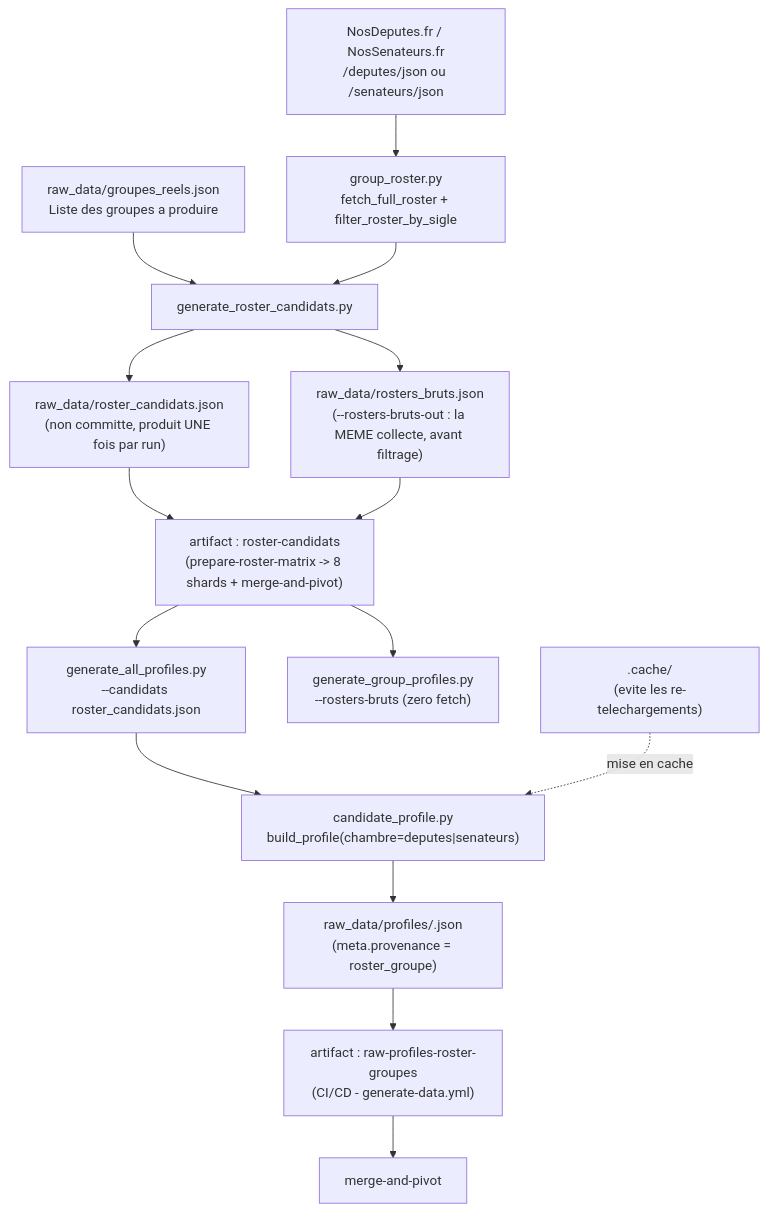
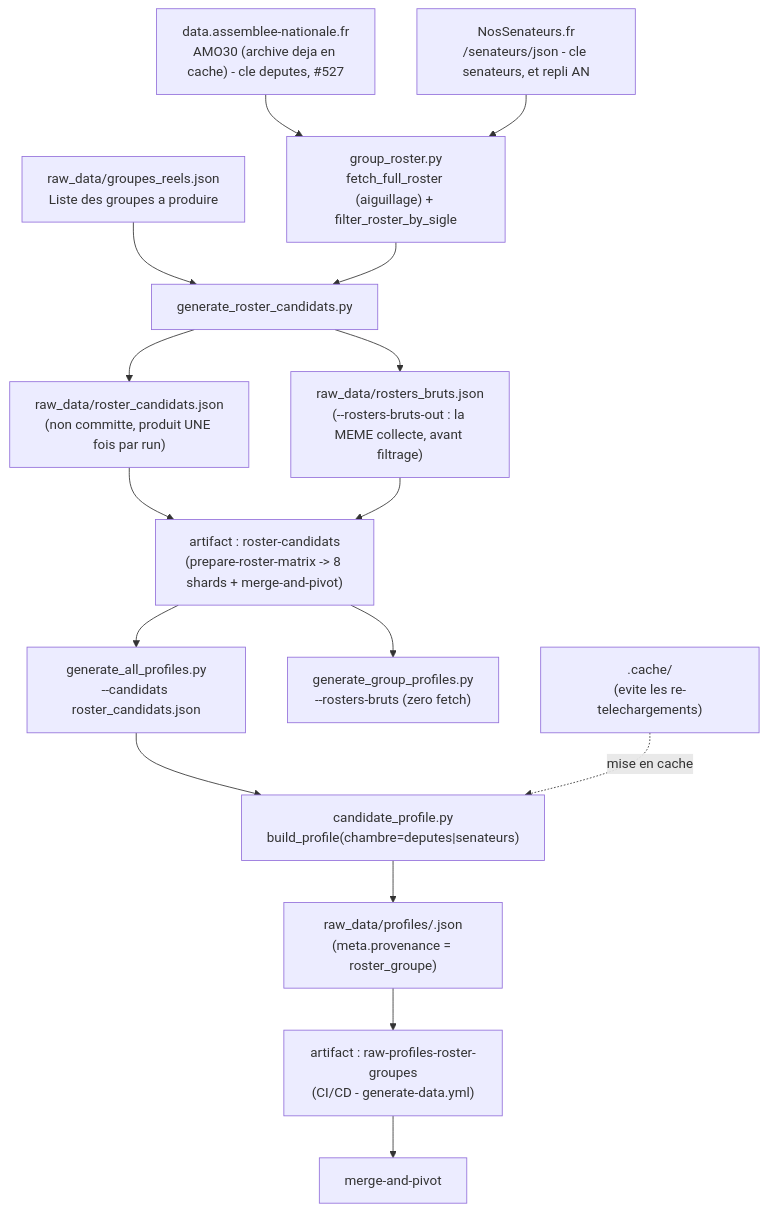
The diagram in docs/extract-roster-groupes.md (stephieED/Empreinte-politique-src), drawn with Mermaid before and after one commit. The commit also changed other lines of this file and 14 other files, not shown here.

````diff
--- a/docs/extract-roster-groupes.md
+++ b/docs/extract-roster-groupes.md
@@ -117,22 +117,23 @@
 ```mermaid
 flowchart TD
     G0["raw_data/groupes_reels.json\nListe des groupes a produire"] --> RC["generate_roster_candidats.py"]
 
-    NS["NosDeputes.fr / NosSenateurs.fr\n/deputes/json ou /senateurs/json"] --> GR["group_roster.py\nfetch_full_roster + filter_roster_by_sigle"]
+    AMO["data.assemblee-nationale.fr\nAMO30 (archive deja en cache) - cle deputes, #527"] --> GR["group_roster.py\nfetch_full_roster (aiguillage) + filter_roster_by_sigle"]
+    NS["NosSenateurs.fr\n/senateurs/json - cle senateurs, et repli AN"] --> GR
     GR --> RC
 
     RC --> RCJ["raw_data/roster_candidats.json\n(non committe, produit UNE fois par run)"]
     RC --> RBJ["raw_data/rosters_bruts.json\n(--rosters-bruts-out : la MEME collecte, avant filtrage)"]
 
     RCJ --> ART["artifact : roster-candidats\n(prepare-roster-matrix -> 8 shards + merge-and-pivot)"]
     RBJ --> ART
     ART --> B["generate_all_profiles.py\n--candidats roster_candidats.json"]
     ART --> GP["generate_group_profiles.py\n--rosters-bruts (zero fetch)"]
     B --> C["candidate_profile.py\nbuild_profile(chambre=deputes|senateurs)"]
 
     CACHE[".cache/\n(evite les re-telechargements)"] -. mise en cache .-> C
 
     C --> D["raw_data/profiles/<slug>.json\n(meta.provenance = roster_groupe)"]
     D --> E["artifact : raw-profiles-roster-groupes\n(CI/CD - generate-data.yml)"]
     E --> F["merge-and-pivot"]
 ```
````
